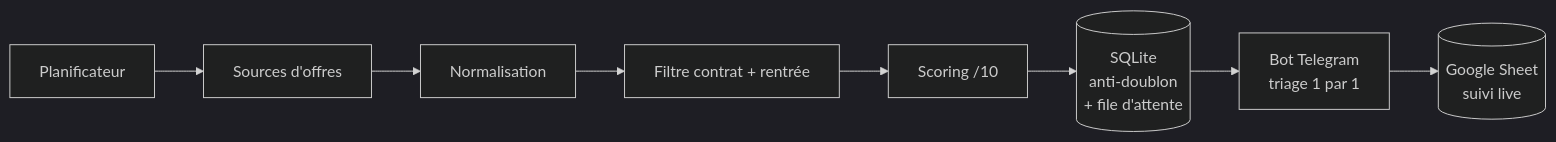
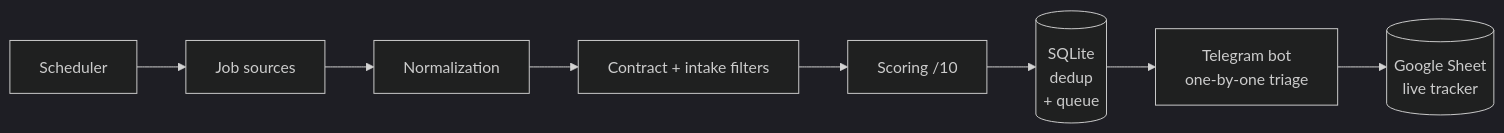
One commit to gab-spie/career-hunter changed the diagram in README.md. Above: the diagram before and after it, drawn with Mermaid (dark theme). The commit also changed other lines of this file and 3 other files, not shown here.

````diff
--- a/README.md
+++ b/README.md
@@ -23,10 +23,10 @@
 ```mermaid
 flowchart LR
-    A[Sources d'offres] --> B[Normalisation]
-    B --> C[Filtre contrat + rentrée]
+    A[Job sources] --> B[Normalization]
+    B --> C[Contract + intake filters]
     C --> D[Scoring /10]
-    D --> E[(SQLite<br/>anti-doublon<br/>+ file d'attente)]
-    E --> F[Bot Telegram<br/>triage 1 par 1]
-    F --> G[(Google Sheet<br/>suivi live)]
-    H[Planificateur] --> A
+    D --> E[(SQLite<br/>dedup<br/>+ queue)]
+    E --> F[Telegram bot<br/>one-by-one triage]
+    F --> G[(Google Sheet<br/>live tracker)]
+    H[Scheduler] --> A
 ```
````
